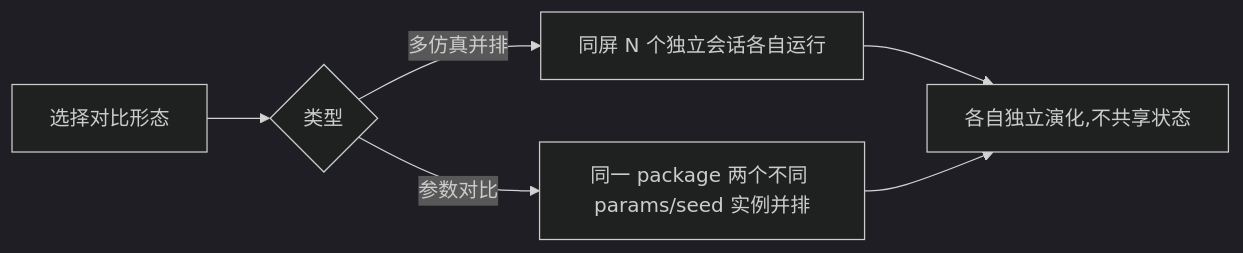
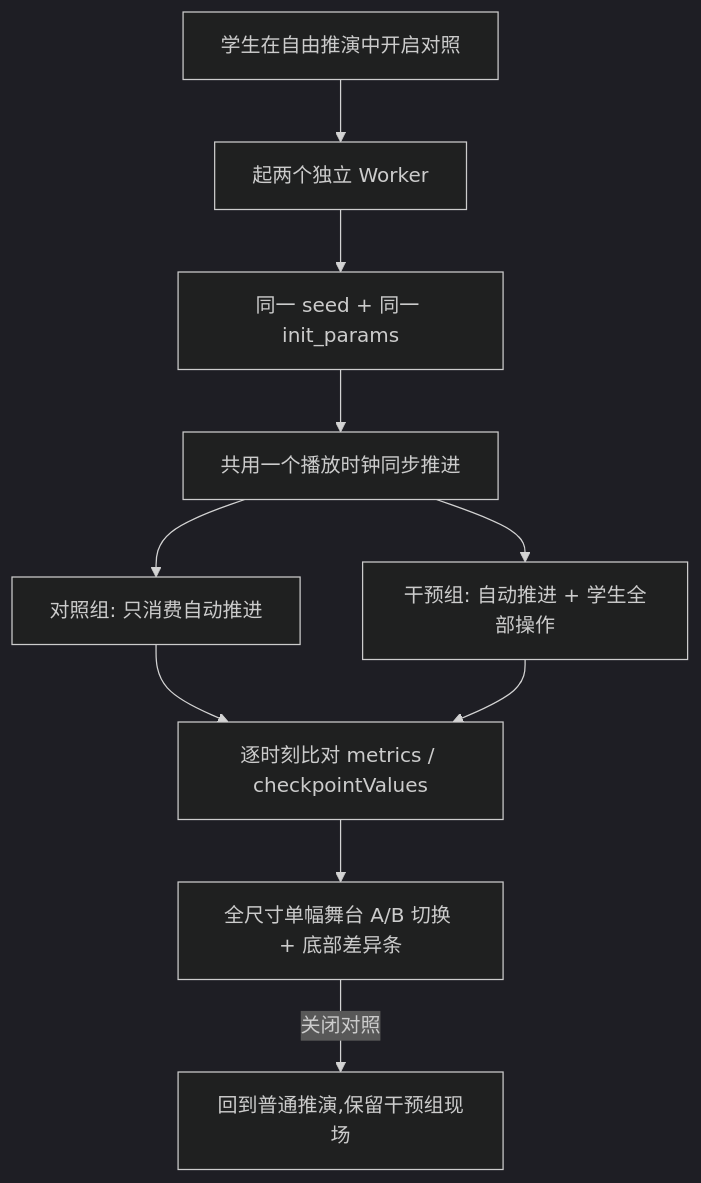
Before and after one commit to menghuishisan/CHAIMIR: the eighth of 8 diagrams in docs/04-仿真可视化引擎/06-业务流程与状态机.md, drawn with Mermaid (dark theme). The commit also changed other lines of this file and 135 other files, not shown here.

````diff
--- a/docs/04-仿真可视化引擎/06-业务流程与状态机.md
+++ b/docs/04-仿真可视化引擎/06-业务流程与状态机.md
@@ -144,8 +215,12 @@
 ```mermaid
-flowchart LR
-    A[选择对比形态] --> B{类型}
-    B -->|多仿真并排| C[同屏 N 个独立会话各自运行]
-    B -->|参数对比| D[同一 package 两个不同 params/seed 实例并排]
-    C --> E[各自独立演化,不共享状态]
-    D --> E
+flowchart TD
+    A[学生在自由推演中开启对照] --> B[起两个独立 Worker]
+    B --> C[同一 seed + 同一 init_params]
+    C --> D[共用一个播放时钟同步推进]
+    D --> E[对照组: 只消费自动推进]
+    D --> F[干预组: 自动推进 + 学生全部操作]
+    E --> G[逐时刻比对 metrics / checkpointValues]
+    F --> G
+    G --> H[全尺寸单幅舞台 A/B 切换 + 底部差异条]
+    H -->|关闭对照| I[回到普通推演,保留干预组现场]
 ```
````
